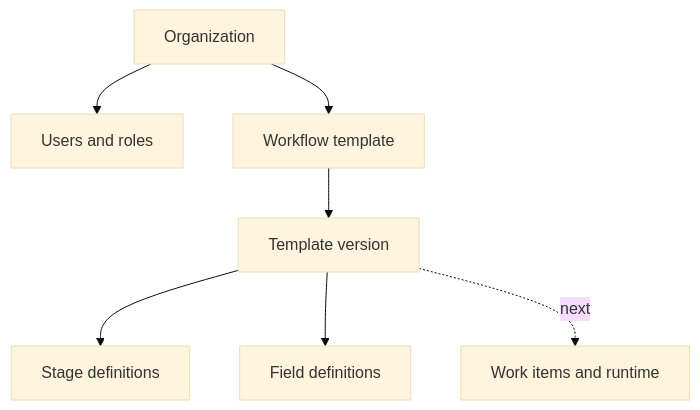
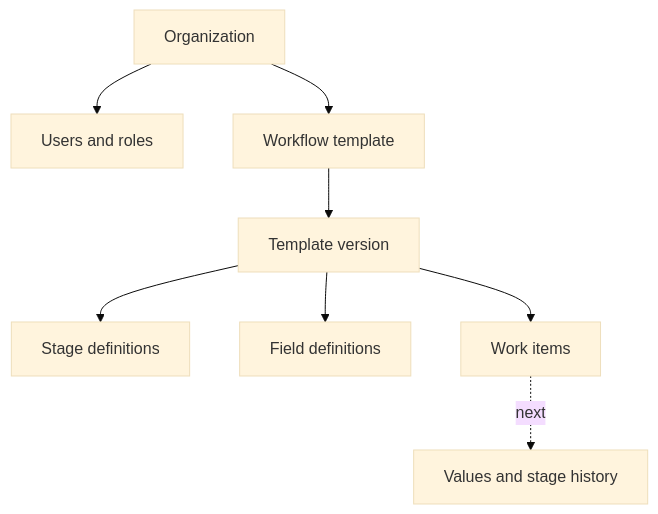
The fourth of 4 diagrams in README.md (kay-freeman/flowlens), drawn with Mermaid (base theme) before and after one commit. The commit also changed other lines of this file, not shown here.

Commit message:
Document database-backed work items

````diff
--- a/README.md
+++ b/README.md
@@ -287,9 +308,10 @@
 ```mermaid
 flowchart TD
     ORG["Organization"] --> ADM["Users and roles"]
     ORG --> WT["Workflow template"]
     WT --> VER["Template version"]
     VER --> STG["Stage definitions"]
     VER --> FLD["Field definitions"]
-    VER -. next .-> RUN["Work items and runtime"]
+    VER --> RUN["Work items"]
+    RUN -. next .-> HIST["Values and stage history"]
 ```
````
